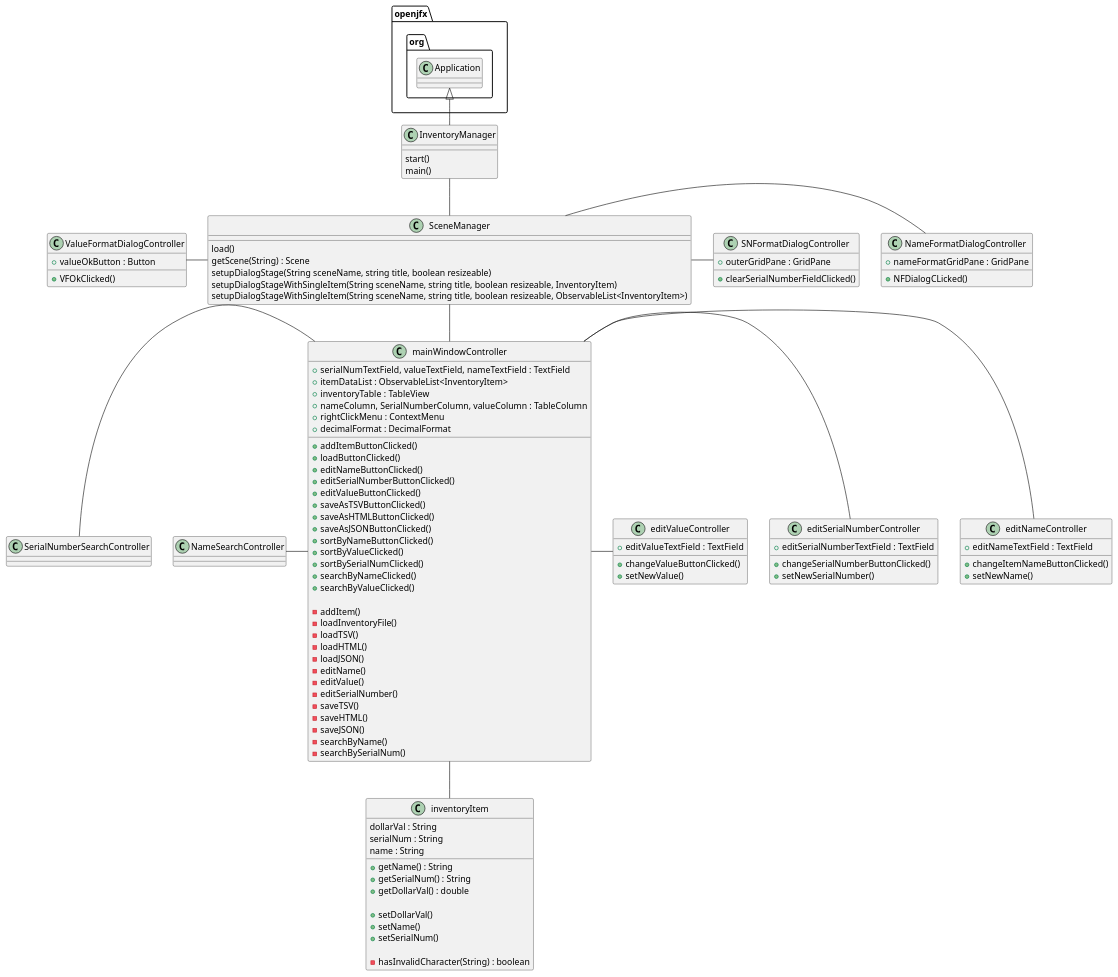
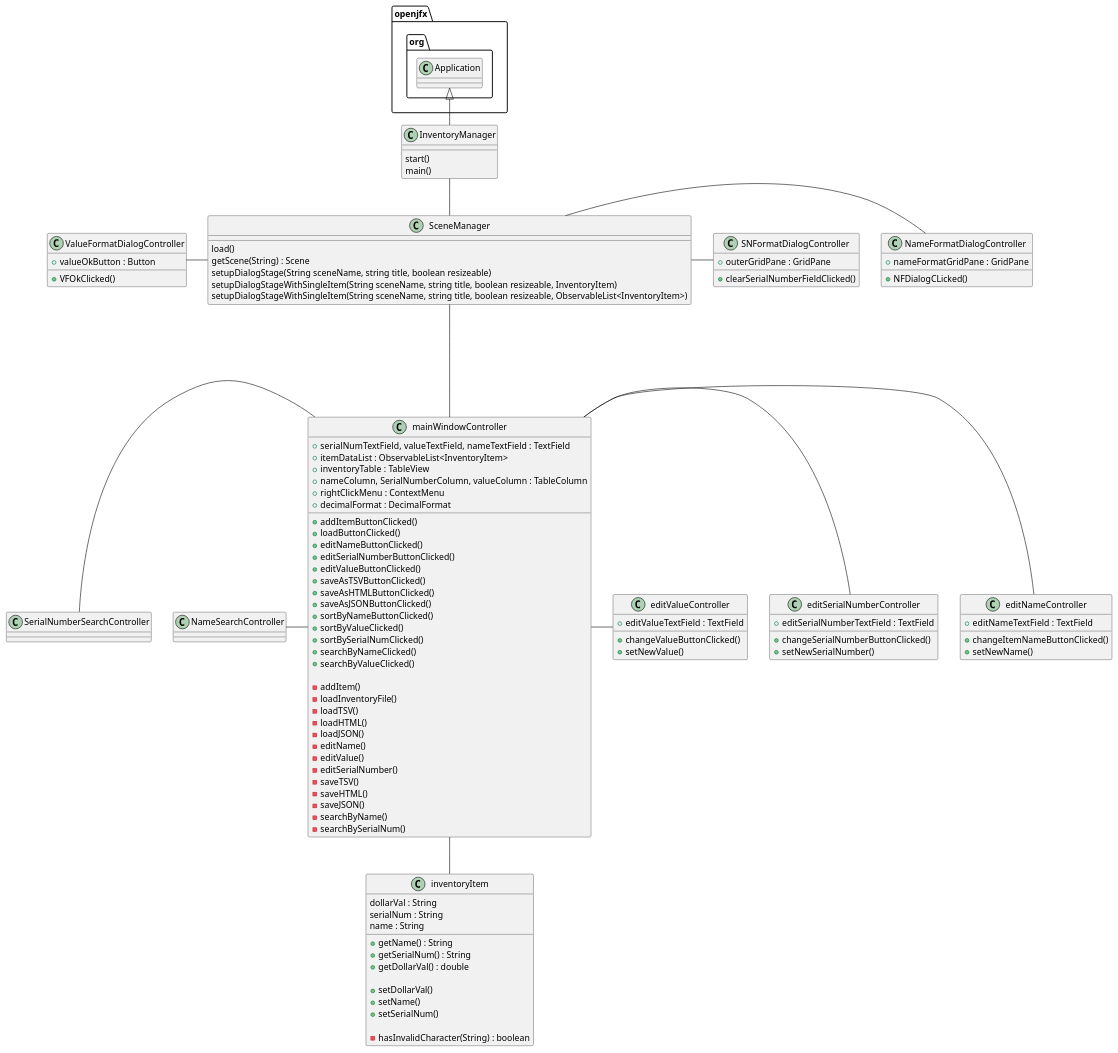
Before and after one commit to jasonsaini/Inventory-Manager: the diagram in uml/inventoryManager.puml, drawn with PlantUML.

Commit message:
Added all controllers to UML diagram

```diff
--- a/uml/inventoryManager.puml
+++ b/uml/inventoryManager.puml
@@ -1,132 +1,132 @@
 @startuml
 class InventoryManager
 {
     start()
     main()
 }
 
 class mainWindowController
 {
     + serialNumTextField, valueTextField, nameTextField : TextField
     + itemDataList : ObservableList<InventoryItem>
     + inventoryTable : TableView
     + nameColumn, SerialNumberColumn, valueColumn : TableColumn
     + rightClickMenu : ContextMenu
     + decimalFormat : DecimalFormat
 
 
     + addItemButtonClicked()
     + loadButtonClicked()
     + editNameButtonClicked()
     + editSerialNumberButtonClicked()
     + editValueButtonClicked()
     + saveAsTSVButtonClicked()
     + saveAsHTMLButtonClicked()
     + saveAsJSONButtonClicked()
     + sortByNameButtonClicked()
     + sortByValueClicked()
     + sortBySerialNumClicked()
     + searchByNameClicked()
     + searchByValueClicked()
 
     - addItem()
     - loadInventoryFile()
     - loadTSV()
     - loadHTML()
     - loadJSON()
     - editName()
     - editValue()
     - editSerialNumber()
     - saveTSV()
     - saveHTML()
     - saveJSON()
     - searchByName()
     - searchBySerialNum()
 }
 
 class inventoryItem
 {
     dollarVal : String
     serialNum : String
     name : String
 
     + getName() : String
     + getSerialNum() : String
     + getDollarVal() : double
 
     + setDollarVal()
     + setName()
     + setSerialNum()
 
     - hasInvalidCharacter(String) : boolean
 }
 
 class SceneManager
 {
     load()
     getScene(String) : Scene
     setupDialogStage(String sceneName, string title, boolean resizeable)
     setupDialogStageWithSingleItem(String sceneName, string title, boolean resizeable, InventoryItem)
     setupDialogStageWithSingleItem(String sceneName, string title, boolean resizeable, ObservableList<InventoryItem>)
 
 }
 
 class NameFormatDialogController
 {
     + nameFormatGridPane : GridPane
     + NFDialogCLicked()
 }
 
 class SNFormatDialogController
 {
    + outerGridPane : GridPane
    + clearSerialNumberFieldClicked()
 }
 
 class ValueFormatDialogController
 {
     + valueOkButton : Button
     + VFOkClicked()
 }
 
 class editNameController
 {
     + editNameTextField : TextField
     + changeItemNameButtonClicked()
     + setNewName()
 }
 
 class editSerialNumberController
 {
     + editSerialNumberTextField : TextField
     + changeSerialNumberButtonClicked()
     + setNewSerialNumber()
 }
 
 class editValueController
 {
     + editValueTextField : TextField
     + changeValueButtonClicked()
     + setNewValue()
 }
 
 
 openjfx.org.Application <|-- InventoryManager
 InventoryManager -- SceneManager
-SceneManager -- mainWindowController
+SceneManager ---- mainWindowController
 
 SceneManager - NameFormatDialogController
 SceneManager - SNFormatDialogController
 ValueFormatDialogController - SceneManager
 
 
 mainWindowController - editNameController
 mainWindowController - editSerialNumberController
 mainWindowController - editValueController
 
 SerialNumberSearchController - mainWindowController
-NameSearchController = mainWindowController
+NameSearchController - mainWindowController
 
 mainWindowController -- inventoryItem
 
 @enduml
```
